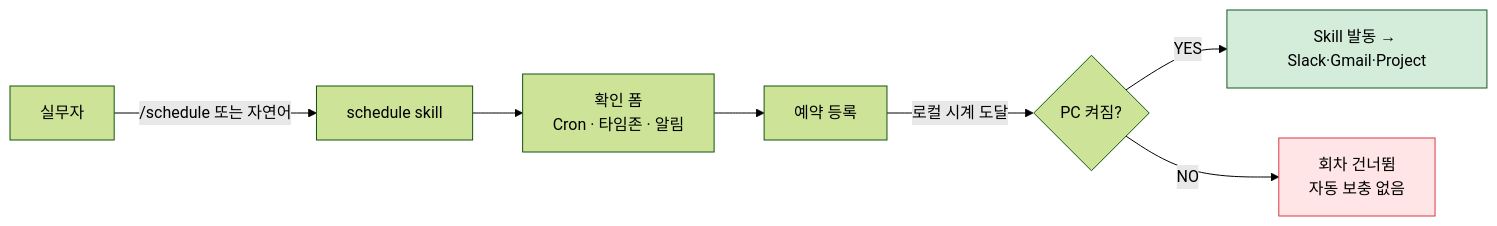
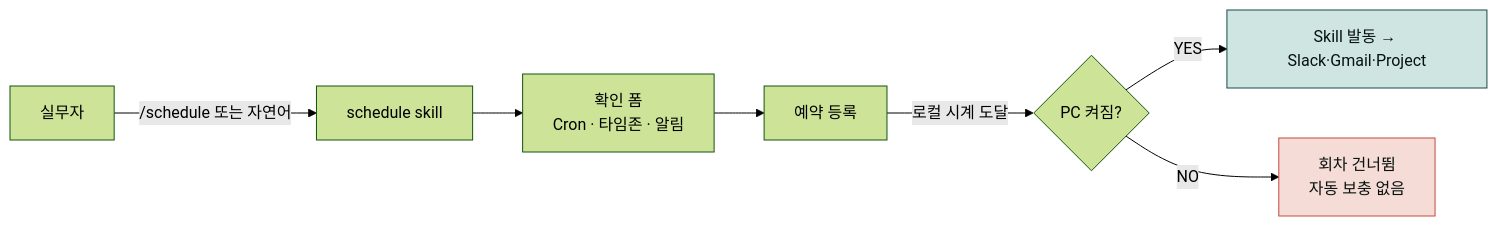
The first of 2 diagrams in content/cookbook/automation-recipes.md (modu-ai/claude), drawn with Mermaid (forest theme) before and after one commit. The commit also changed other lines of this file and 97 other files, not shown here.

First line of the commit message:
style(docs-site): mermaid 색상 브랜드 정합 + 라이트 테마 단일화

````diff
--- a/content/cookbook/automation-recipes.md
+++ b/content/cookbook/automation-recipes.md
@@ -14,11 +14,11 @@
 ```mermaid
 flowchart LR
     U[실무자] -->|/schedule 또는 자연어| C[schedule skill]
     C --> F[확인 폼<br/>Cron · 타임존 · 알림]
     F --> R[예약 등록]
     R -->|로컬 시계 도달| Exec{PC 켜짐?}
     Exec -->|YES| Run[Skill 발동 → Slack·Gmail·Project]
     Exec -->|NO| Skip[회차 건너뜀<br/>자동 보충 없음]
-    style Run fill:#d4edda,stroke:#155724
-    style Skip fill:#ffe5e5,stroke:#d73a49
+    style Run fill:#cfe5e2,stroke:#144a46,color:#09110f
+    style Skip fill:#f5dcd7,stroke:#c44a3a,color:#09110f
 ```
````
